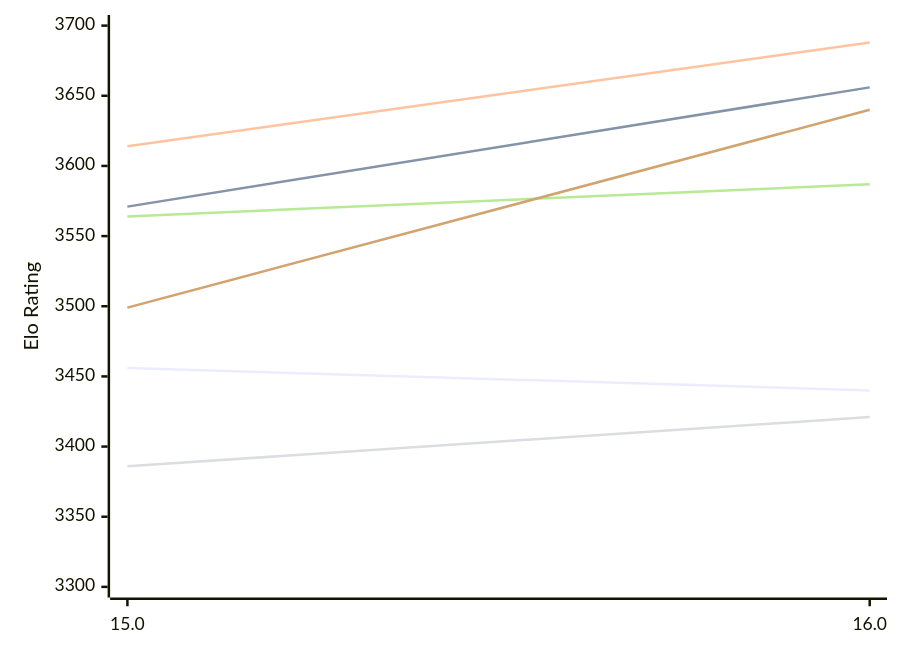
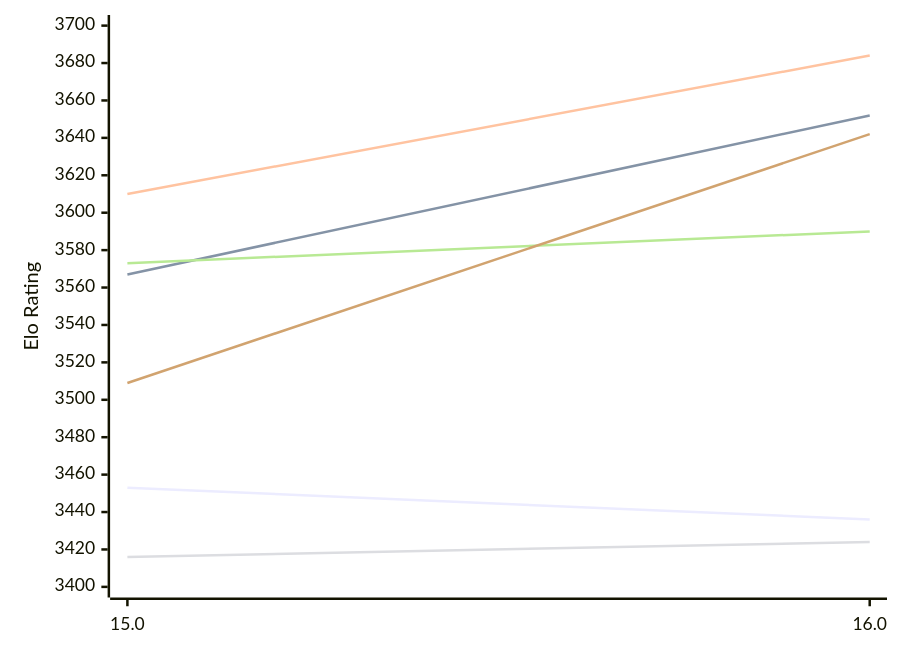
One commit to computer-chess-index/cci changed the first of 2 diagrams in engines/Obsidian.md. Above: the diagram before and after it, drawn with Mermaid. The commit also changed other lines of this file, not shown here.

Commit message:
Update CCI Ratings (ELO VLTC) - 2026-11-21

````diff
--- a/engines/Obsidian.md
+++ b/engines/Obsidian.md
@@ -52,12 +52,12 @@
 ```mermaid
 %%{init: {"theme":"base","themeVariables":{"seriesColors:['#a3a3a3','#222221','#faa371']}}}%%
 xychart-beta
   x-axis ["15.0", "16.0"]
-  y-axis "Elo Rating" 3300 --> 3700
-  line "E1: STC (8.0+0.08s)" [3456, 3440]
-  line "E1: LTC (60.0+0.60s)" [3571, 3656]
-  line "E1: VLTC (2m24s+1.12s)" [3614, 3688]
-  line "P1: STC (8.0+0.08s)" [3386, 3421]
-  line "P1: LTC (60.0+0.60s)" [3564, 3587]
-  line "P1: VLTC (2m24s+1.12s)" [3499, 3640]
+  y-axis "Elo Rating" 3400 --> 3700
+  line "E1: STC (8.0+0.08s)" [3453, 3436]
+  line "E1: LTC (60.0+0.60s)" [3567, 3652]
+  line "E1: VLTC (2m24s+1.12s)" [3610, 3684]
+  line "P1: STC (8.0+0.08s)" [3416, 3424]
+  line "P1: LTC (60.0+0.60s)" [3573, 3590]
+  line "P1: VLTC (2m24s+1.12s)" [3509, 3642]
 ```
````
